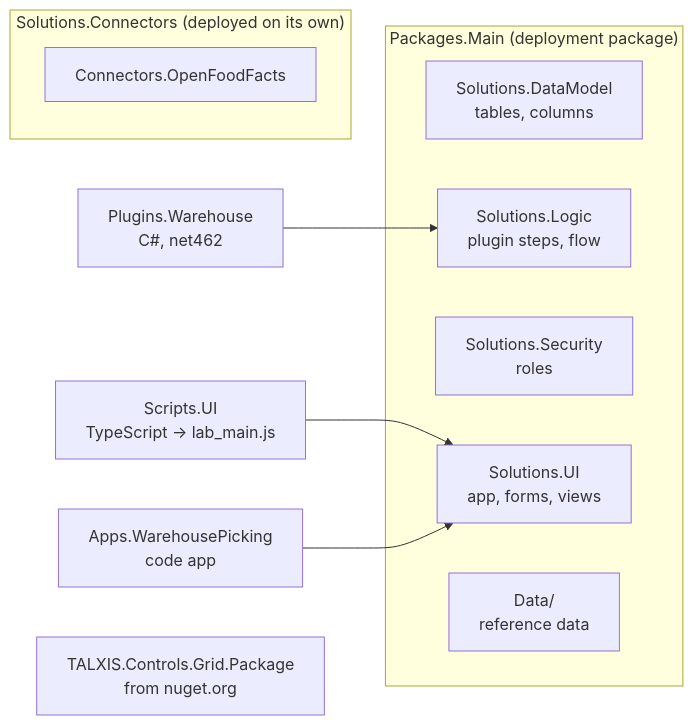
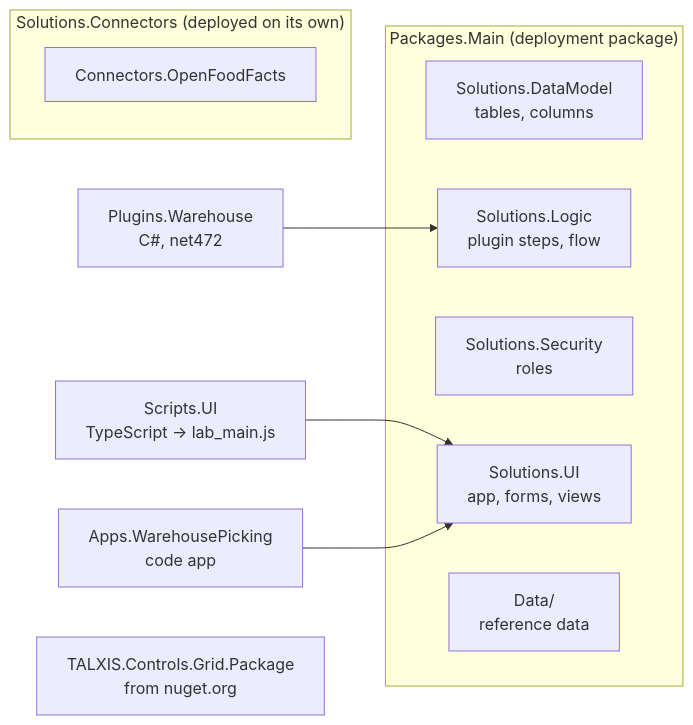
One commit to ANyingifa/lab changed the fourth of 4 diagrams in docs/design/00-solution-architecture.md. Above: the diagram before and after it, drawn with Mermaid. The commit also changed other lines of this file and 1 other file, not shown here.

Commit message:
Specs: the plugin assembly targets .NET Framework 4.7.2
The plugin template targets net472, so the architecture doc and Lab 2 now say
4.7.2 instead of 4.6.2.

````diff
--- a/docs/design/00-solution-architecture.md
+++ b/docs/design/00-solution-architecture.md
@@ -131,17 +131,17 @@
 ```mermaid
 flowchart LR
   subgraph app["Packages.Main (deployment package)"]
     DM["Solutions.DataModel<br/>tables, columns"]
     LG["Solutions.Logic<br/>plugin steps, flow"]
     SE["Solutions.Security<br/>roles"]
     UI["Solutions.UI<br/>app, forms, views"]
     DATA["Data/<br/>reference data"]
   end
-  PW["Plugins.Warehouse<br/>C#, net462"] --> LG
+  PW["Plugins.Warehouse<br/>C#, net472"] --> LG
   SU["Scripts.UI<br/>TypeScript → lab_main.js"] --> UI
   CA["Apps.WarehousePicking<br/>code app"] --> UI
   subgraph conn["Solutions.Connectors (deployed on its own)"]
     OFF["Connectors.OpenFoodFacts"]
   end
   GRID["TALXIS.Controls.Grid.Package<br/>from nuget.org"]
 ```
````
